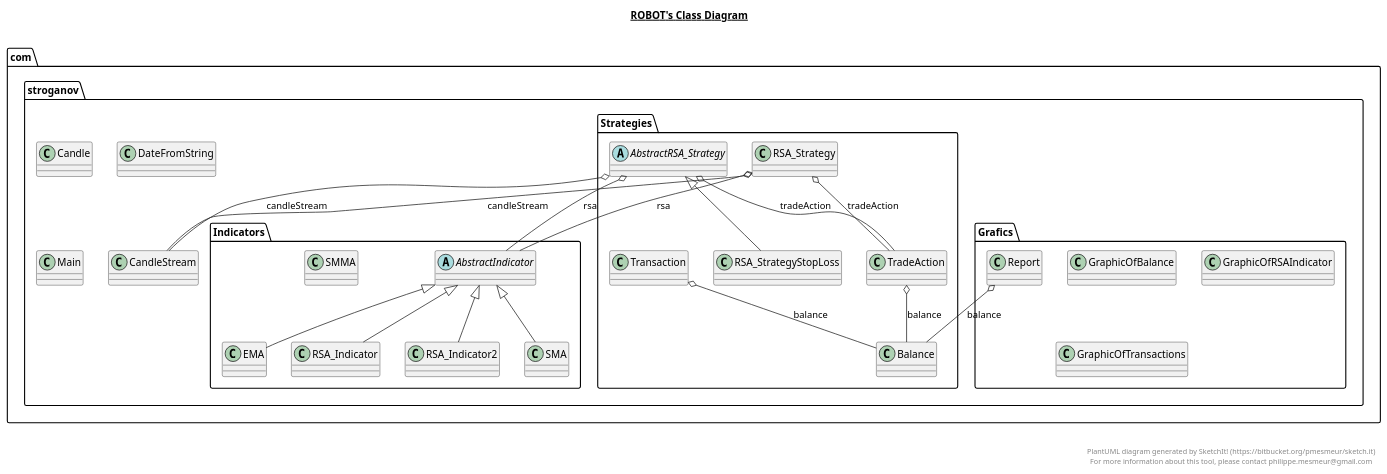
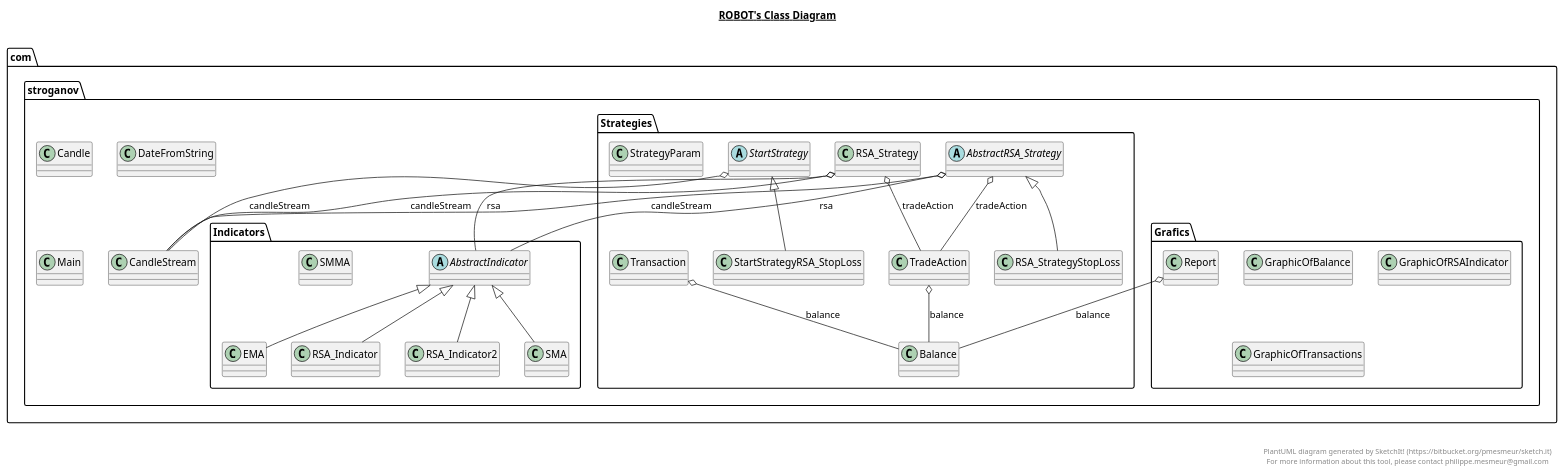
Before and after one commit to SergeyStroganoff/TradeRobot: the diagram in Robot.plantuml, drawn with PlantUML. The commit also changed 10 other files, not shown here.

```diff
--- a/Robot.plantuml
+++ b/Robot.plantuml
@@ -140,6 +140,30 @@
 
   namespace com.stroganov {
     namespace Strategies {
+      abstract class com.stroganov.Strategies.StartStrategy {
+      }
+    }
+  }
+  
+
+  namespace com.stroganov {
+    namespace Strategies {
+      class com.stroganov.Strategies.StartStrategyRSA_StopLoss {
+      }
+    }
+  }
+  
+
+  namespace com.stroganov {
+    namespace Strategies {
+      class com.stroganov.Strategies.StrategyParam {
+      }
+    }
+  }
+  
+
+  namespace com.stroganov {
+    namespace Strategies {
       class com.stroganov.Strategies.TradeAction {
       }
     }
@@ -166,6 +190,8 @@
   com.stroganov.Strategies.RSA_Strategy o-- com.stroganov.Indicators.AbstractIndicator : rsa
   com.stroganov.Strategies.RSA_Strategy o-- com.stroganov.Strategies.TradeAction : tradeAction
   com.stroganov.Strategies.RSA_StrategyStopLoss -up-|> com.stroganov.Strategies.AbstractRSA_Strategy
+  com.stroganov.Strategies.StartStrategy o-- com.stroganov.CandleStream : candleStream
+  com.stroganov.Strategies.StartStrategyRSA_StopLoss -up-|> com.stroganov.Strategies.StartStrategy
   com.stroganov.Strategies.TradeAction o-- com.stroganov.Strategies.Balance : balance
   com.stroganov.Strategies.Transaction o-- com.stroganov.Strategies.Balance : balance
 
```
